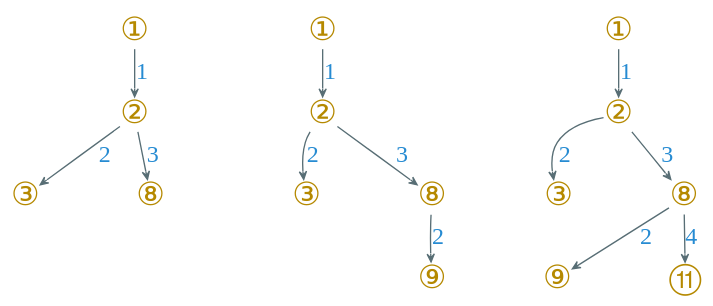
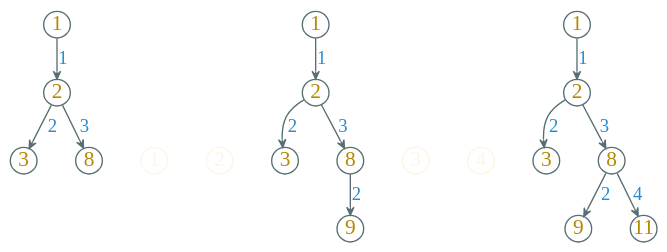
The diagram in dot/four-queen-solve2.dot (Avanti1980/course-alg), drawn with Graphviz before and after one commit. The commit also changed 10 other files, not shown here.

```diff
--- a/dot/four-queen-solve2.dot
+++ b/dot/four-queen-solve2.dot
@@ -1,40 +1,54 @@
 digraph g {
     bgcolor=transparent
     rankdir=TB
-    graph [nodesep=1.0, ranksep=0.1]
-    node [shape=plain, color="#586e75", fontcolor="#b58900", fontsize=24, fontname="LXGWWenKai"]
-    edge [arrowhead=vee, color="#586e75", fontcolor="#268bd2", fontsize=18, fontname="LXGWWenKai" arrowsize=0.6]
+    graph [nodesep=0.4, ranksep=0.1]
+    node [shape=circle, fixedsize=true, width=0.28, color="#586e75", fontcolor="#b58900", fontsize=16, fontname="LXGWWenKai"]
+    edge [arrowhead=vee, color="#586e75", fontcolor="#268bd2", fontsize=14, fontname="LXGWWenKai" arrowsize=0.6]
 
-    n1 [label=①]
-    n2 [label=②]
-    n3 [label=③]
-    n4 [label=⑧]
+    n1 [label=1]
+    n2 [label=2]
+    n3 [label=3]
+    n4 [label=8]
 
     n1 -> n2 [label="1"]
     n2 -> n3 [label="2"]
     n2 -> n4 [label="3"]
 
-    n5 [label=①]
-    n6 [label=②]
-    n7 [label=③]
-    n8 [label=⑧]
-    n9 [label=⑨]
+    node [color="#fdf6e3", fontcolor="#fdf6e3"]
+
+    1, 2
+
+    node [color="#586e75", fontcolor="#b58900"]
+    
+    n5 [label=1]
+    n6 [label=2]
+    n7 [label=3]
+    n8 [label=8]
+    n9 [label=9]
 
     n5 -> n6 [label="1"]
     n6 -> n7 [label="2"]
     n6 -> n8 [label="3"]
     n8 -> n9 [label="2"]
 
-    n10 [label=①]
-    n11 [label=②]
-    n12 [label=③]
-    n13 [label=⑧]
-    n14 [label=⑨]
-    n15 [label=⑪]
+    node [color="#fdf6e3", fontcolor="#fdf6e3"]
+
+    3, 4
+
+    node [color="#586e75", fontcolor="#b58900"]
+
+    {rank="same"; n3; n4; 1; 2; 3; 4} 
+
+    n10 [label=1]
+    n11 [label=2]
+    n12 [label=3]
+    n13 [label=8]
+    n14 [label=9]
+    n15 [label=11]
 
     n10 -> n11 [label="1"]
     n11 -> n12 [label="2"]
     n11 -> n13 [label="3"]
     n13 -> n14 [label="2"]
     n13 -> n15 [label="4"]
 }
```
